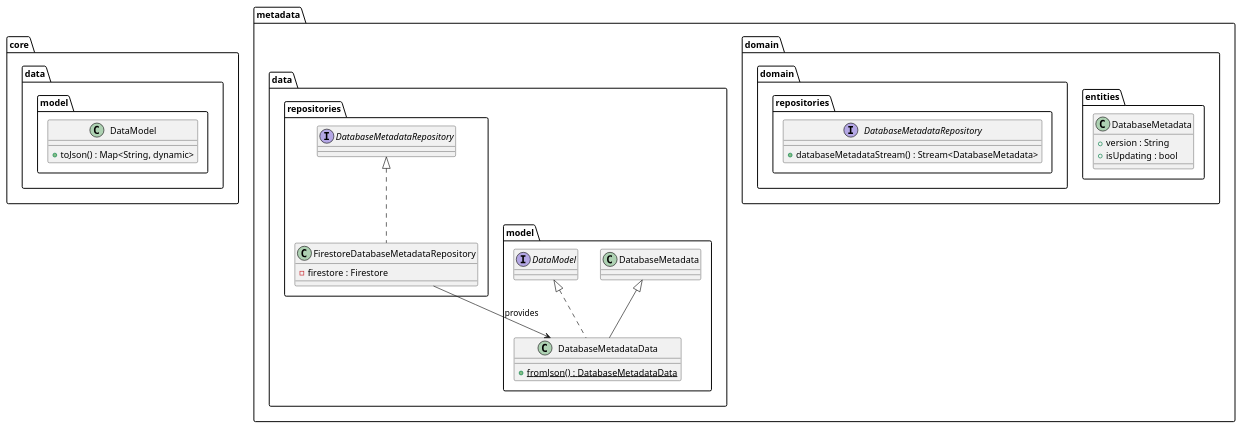
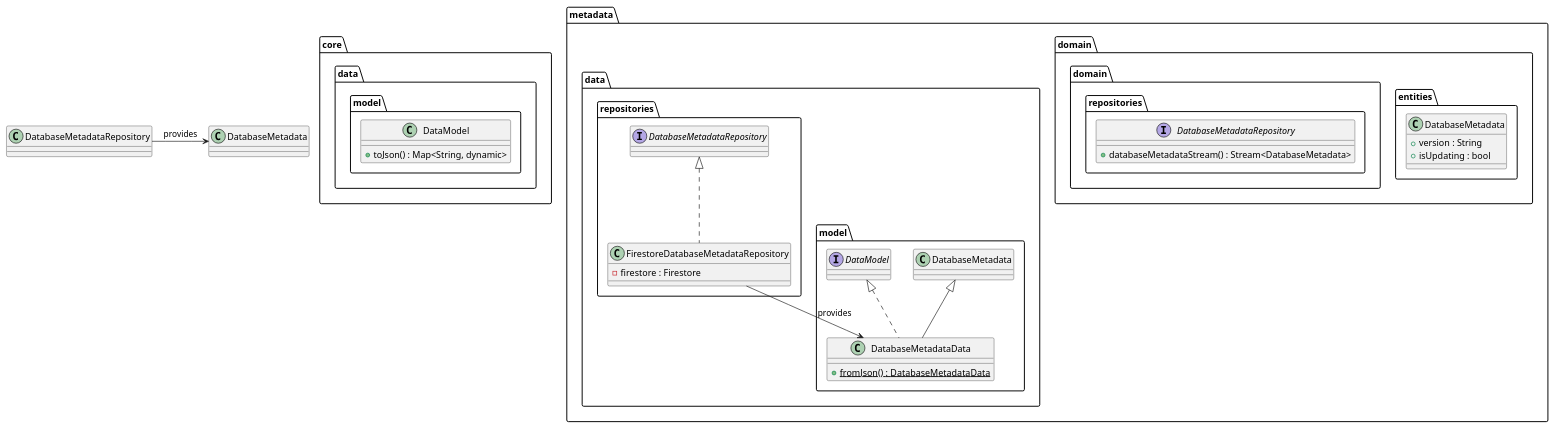
One commit to Flank/flank-dashboard changed the diagram in metrics/web/docs/features/database_metadata/diagrams/metadata_data_class_diagram.puml. Above: the diagram before and after it, drawn with PlantUML. The commit also changed 2 other files, not shown here.

```diff
--- a/metrics/web/docs/features/database_metadata/diagrams/metadata_data_class_diagram.puml
+++ b/metrics/web/docs/features/database_metadata/diagrams/metadata_data_class_diagram.puml
@@ -1,47 +1,48 @@
 @startuml metadata_data_class_diagram
 
 package core.data.model {
     class DataModel {
         + toJson() : Map<String, dynamic>
     }
 }
 
 package metadata {
 
     package domain {
         package entities {
             class DatabaseMetadata {
                 + version : String
                 + isUpdating : bool
             }
         }
 
         package repositories as domain.repositories {
             interface DatabaseMetadataRepository {
                 + databaseMetadataStream() : Stream<DatabaseMetadata>
             }
         }
 
     }
 
     package data {
         package model {
             class DatabaseMetadataData extends DatabaseMetadata implements DataModel {
                 + {static} fromJson() : DatabaseMetadataData
             }
         }
 
 
         package repositories {
             class FirestoreDatabaseMetadataRepository implements DatabaseMetadataRepository {
                 - firestore : Firestore
             }
         }
     }
 }
 
 FirestoreDatabaseMetadataRepository --> DatabaseMetadataData : provides
 
+DatabaseMetadataRepository -> DatabaseMetadata : provides
 
 
 @enduml
```
